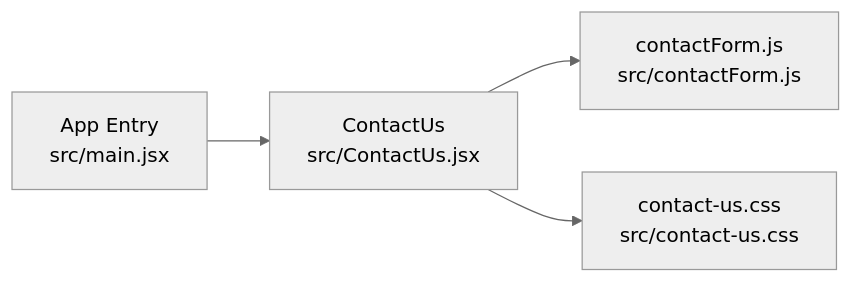
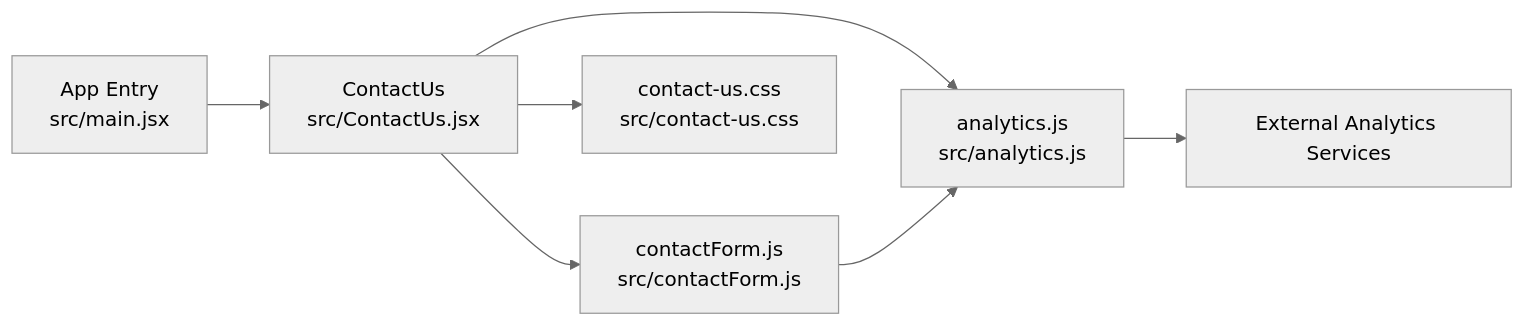
Before and after one commit to Theja4/podiummomentum: the third of 3 diagrams in .qoder/repowiki/en/content/Component Architecture/Contact System Components.md, drawn with Mermaid (neutral theme). The commit also changed other lines of this file and 48 other files, not shown here.

````diff
--- a/.qoder/repowiki/en/content/Component Architecture/Contact System Components.md
+++ b/.qoder/repowiki/en/content/Component Architecture/Contact System Components.md
@@ -166,6 +231,9 @@
 ```mermaid
 graph LR
 Main["App Entry<br/>src/main.jsx"] --> CU["ContactUs<br/>src/ContactUs.jsx"]
 CU --> CF["contactForm.js<br/>src/contactForm.js"]
 CU --> CSS["contact-us.css<br/>src/contact-us.css"]
+CU --> ANA["analytics.js<br/>src/analytics.js"]
+CF --> ANA
+ANA --> EXT["External Analytics Services"]
 ```
````
